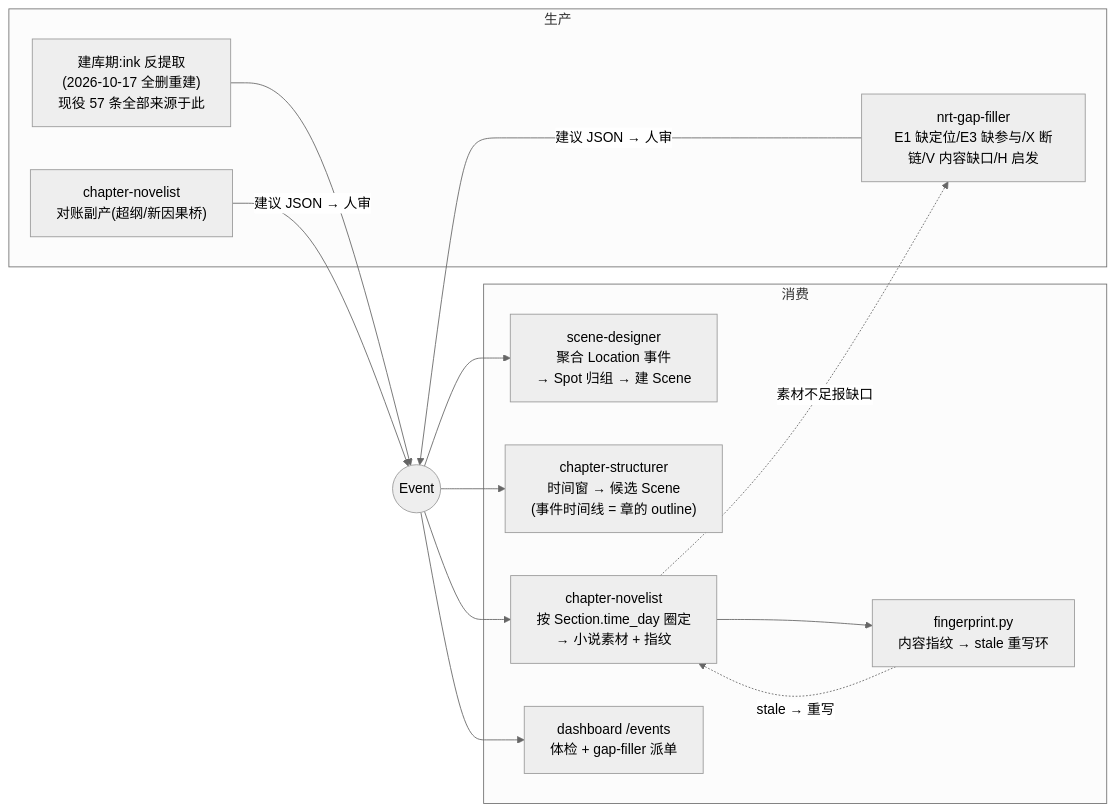
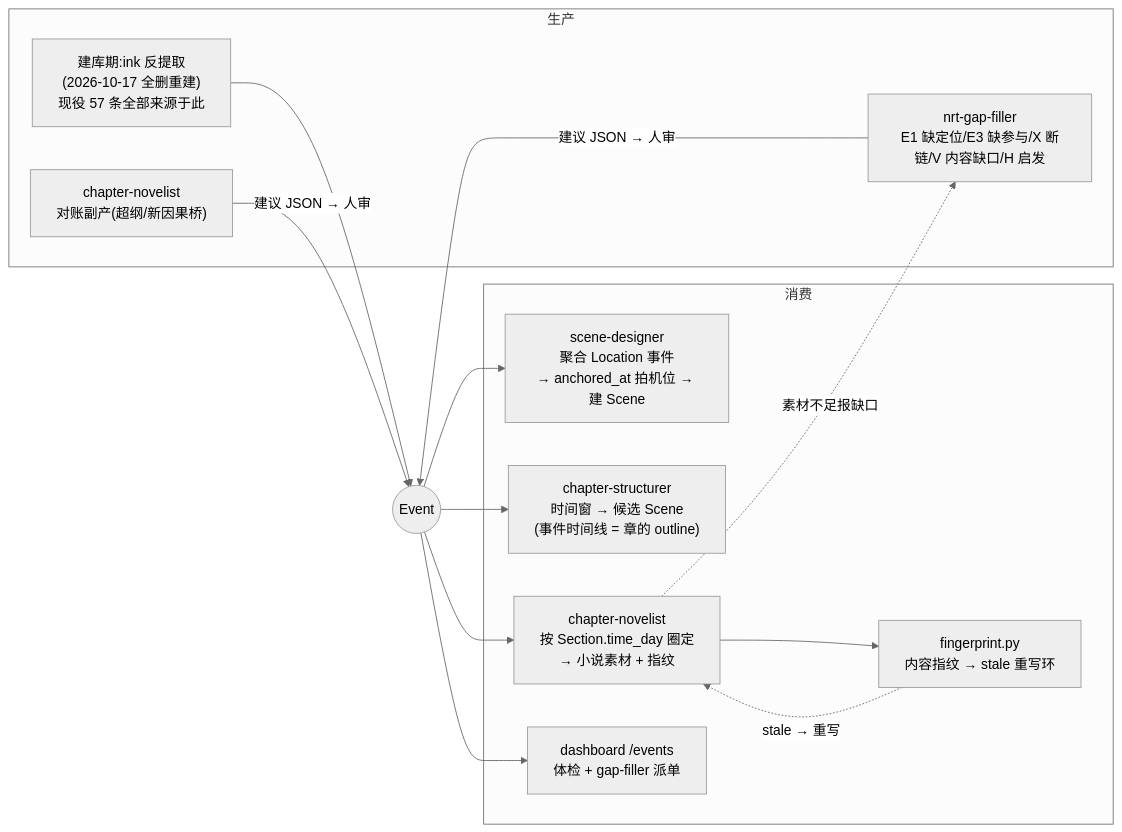
Before and after one commit to CrazyJinn/ProxyLove: the second of 4 diagrams in demo/叙事生产消费流程.md, drawn with Mermaid (neutral theme). The commit also changed other lines of this file and 26 other files, not shown here.

First line of the commit message:
Event 驱动化改造：图模型重构与全消费方切换

````diff
--- a/demo/叙事生产消费流程.md
+++ b/demo/叙事生产消费流程.md
@@ -50,23 +50,23 @@
 ```mermaid
 flowchart LR
     subgraph P["生产"]
         H["建库期:ink 反提取<br/>(2026-10-17 全删重建)<br/>现役 57 条全部来源于此"]
         G["nrt-gap-filler<br/>E1 缺定位/E3 缺参与/X 断链/V 内容缺口/H 启发"]
         N["chapter-novelist<br/>对账副产(超纲/新因果桥)"]
     end
     EV(("Event"))
     subgraph C["消费"]
-        S1["scene-designer<br/>聚合 Location 事件<br/>→ Spot 归组 → 建 Scene"]
+        S1["scene-designer<br/>聚合 Location 事件<br/>→ anchored_at 拍机位 → 建 Scene"]
         S2["chapter-structurer<br/>时间窗 → 候选 Scene<br/>(事件时间线 = 章的 outline)"]
         S3["chapter-novelist<br/>按 Section.time_day 圈定<br/>→ 小说素材 + 指纹"]
         S4["fingerprint.py<br/>内容指纹 → stale 重写环"]
         S5["dashboard /events<br/>体检 + gap-filler 派单"]
     end
     H --> EV
     G -->|"建议 JSON → 人审"| EV
     N -->|"建议 JSON → 人审"| EV
     EV --> S1 & S2 & S3 & S5
     S3 --> S4
     S4 -. "stale → 重写" .-> S3
     S3 -. "素材不足报缺口" .-> G
 ```
````
